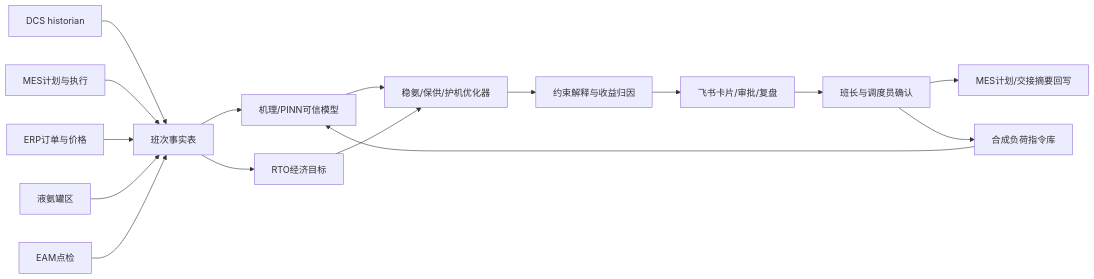
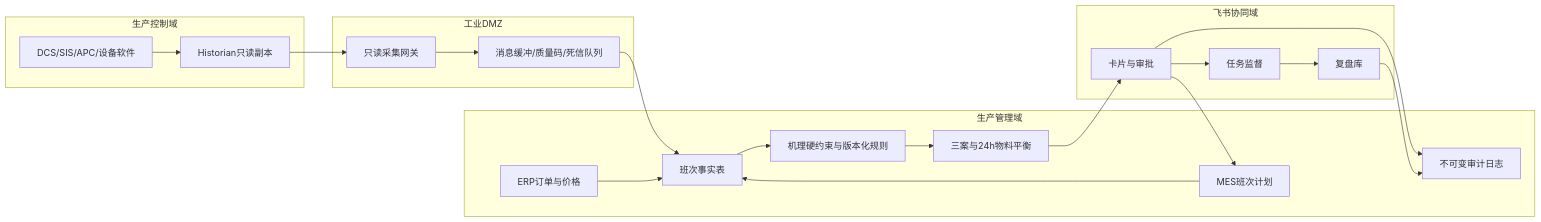
The diagram in docs/architecture.md (zhijinDeng/synthesis-ammonia), drawn with Mermaid before and after one commit. The commit also changed other lines of this file and 24 other files, not shown here.

````diff
--- a/docs/architecture.md
+++ b/docs/architecture.md
@@ -17,35 +13,33 @@
 ```mermaid
-
 flowchart LR
-
-  DCS[DCS historian] --> DATA[班次事实表]
-
-  MES[MES计划与执行] --> DATA
-
-  ERP[ERP订单与价格] --> DATA
-
-  TANK[液氨罐区] --> DATA
-
-  EAM[EAM点检] --> DATA
-
-  DATA --> MODEL[机理/PINN可信模型]
-
-  DATA --> RTO[RTO经济目标]
-
-  MODEL --> OPT[稳氨/保供/护机优化器]
-
-  RTO --> OPT
-
-  OPT --> EXPLAIN[约束解释与收益归因]
-
-  EXPLAIN --> FEISHU[飞书卡片/审批/复盘]
-
-  FEISHU --> HUMAN[班长与调度员确认]
-
-  HUMAN --> MESWRITE[MES计划/交接摘要回写]
-
-  HUMAN --> KB[合成负荷指令库]
-
-  KB --> MODEL
-
+  subgraph OT[生产控制域]
+    DCS[DCS/SIS/APC/设备软件]
+    HIS[Historian只读副本]
+    DCS --> HIS
+  end
+  subgraph DMZ[工业DMZ]
+    GW[只读采集网关]
+    MQ[消息缓冲/质量码/死信队列]
+  end
+  subgraph IT[生产管理域]
+    MES[MES班次计划]
+    ERP[ERP订单与价格]
+    FACT[班次事实表]
+    RULE[机理硬约束与版本化规则]
+    OPT[三案与24h物料平衡]
+    AUDIT[不可变审计日志]
+  end
+  subgraph COLLAB[飞书协同域]
+    CARD[卡片与审批]
+    TASK[任务监督]
+    BASE[复盘库]
+  end
+  HIS --> GW --> MQ --> FACT
+  MES --> FACT
+  ERP --> FACT
+  FACT --> RULE --> OPT
+  OPT --> CARD --> TASK --> BASE
+  CARD --> AUDIT
+  BASE --> AUDIT
+  CARD --> MES
 ```
````
